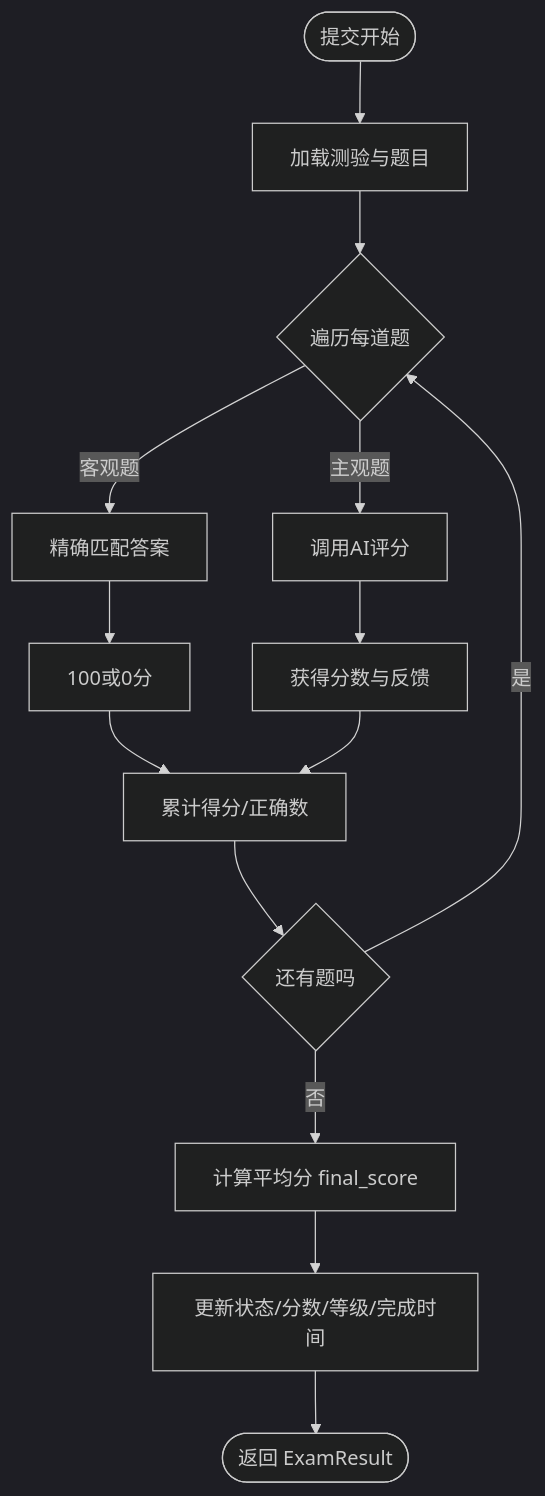
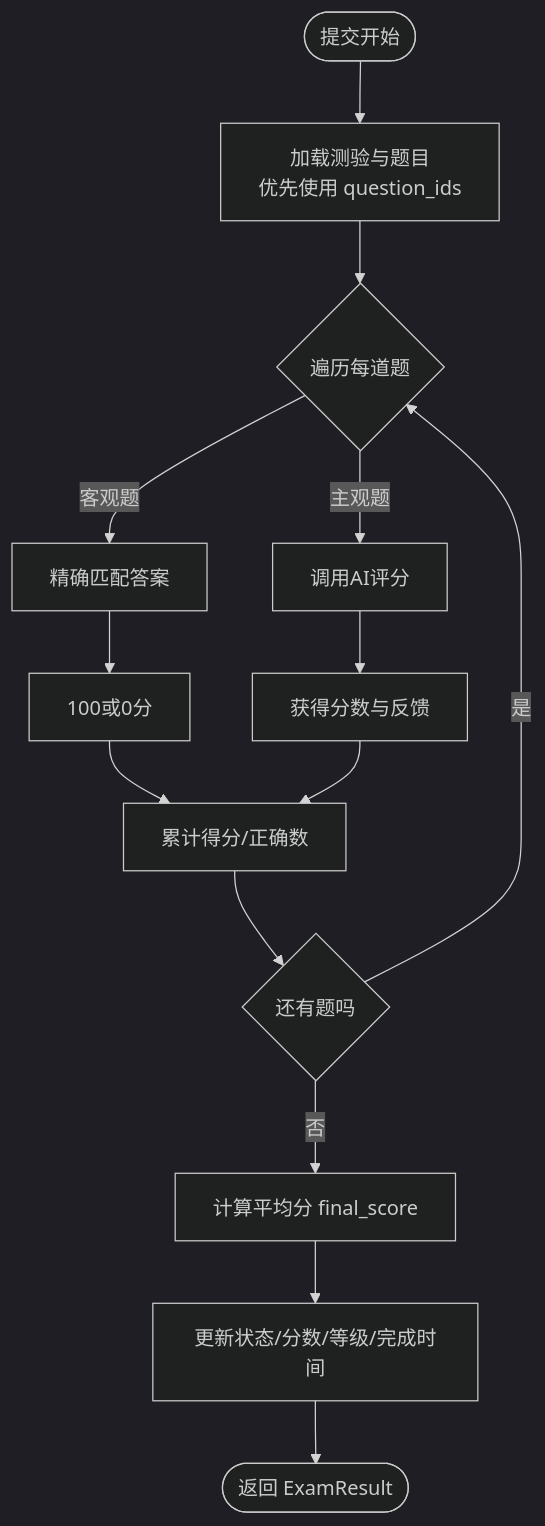
Before and after one commit to zhiwenli-jack/personal-learning-manager: the third of 4 diagrams in .qoder/repowiki/zh/content/数据库设计/核心实体设计/测验实体.md, drawn with Mermaid (dark theme). The commit also changed other lines of this file and 6 other files, not shown here.

````diff
--- a/.qoder/repowiki/zh/content/数据库设计/核心实体设计/测验实体.md
+++ b/.qoder/repowiki/zh/content/数据库设计/核心实体设计/测验实体.md
@@ -170,16 +189,16 @@
 ```mermaid
 flowchart TD
-Start(["提交开始"]) --> LoadExam["加载测验与题目"]
+Start(["提交开始"]) --> LoadExam["加载测验与题目<br/>优先使用 question_ids"]
 LoadExam --> LoopQ{"遍历每道题"}
 LoopQ --> |客观题| JudgeObj["精确匹配答案"]
 JudgeObj --> ObjScore["100或0分"]
 LoopQ --> |主观题| CallAI["调用AI评分"]
 CallAI --> AIScore["获得分数与反馈"]
 ObjScore --> Sum["累计得分/正确数"]
 AIScore --> Sum
 Sum --> NextQ{"还有题吗"}
 NextQ --> |是| LoopQ
 NextQ --> |否| CalcFinal["计算平均分 final_score"]
 CalcFinal --> Update["更新状态/分数/等级/完成时间"]
 Update --> Done(["返回 ExamResult"])
 ```
````
